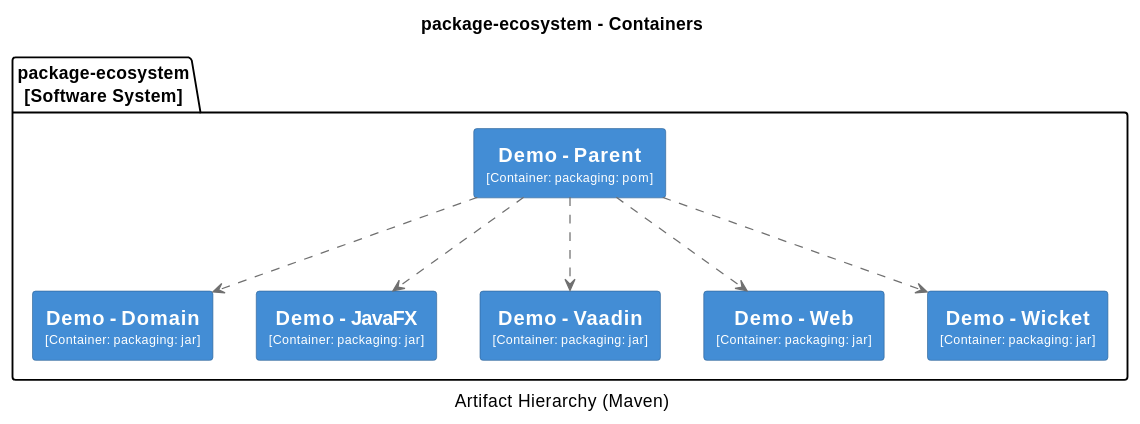
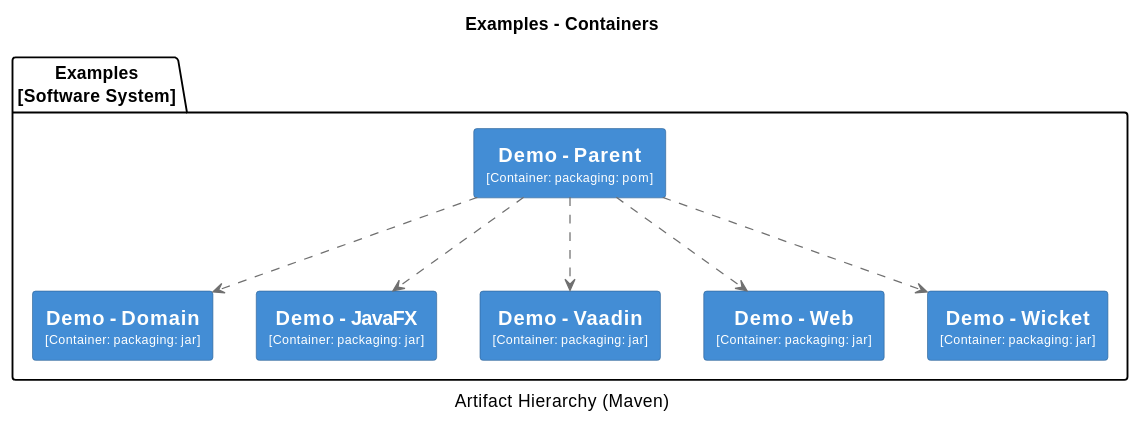
Before and after one commit to apache/causeway: diagram 16 of 18 in antora/components/system/modules/ROOT/pages/system-overview.adoc, drawn with PlantUML. The commit also changed other lines of this file and 1 other file, not shown here.

Commit message:
ISIS-2473: system overview: more meaningful diagram titles

```diff
--- a/antora/components/system/modules/ROOT/pages/system-overview.adoc
+++ b/antora/components/system/modules/ROOT/pages/system-overview.adoc
@@ -4357,59 +4357,59 @@
 [plantuml,Examples,svg]
 ----
 @startuml(id=Examples)
-title package-ecosystem - Containers
+title Examples - Containers
 caption Artifact Hierarchy (Maven)
 
 skinparam {
   shadowing false
   arrowFontSize 10
   defaultTextAlignment center
   wrapWidth 200
   maxMessageSize 100
 }
 hide stereotype
 skinparam rectangle<<2>> {
   BackgroundColor #438dd5
   FontColor #fffffe
   BorderColor #2E6295
 }
 skinparam rectangle<<3>> {
   BackgroundColor #438dd5
   FontColor #fffffe
   BorderColor #2E6295
 }
 skinparam rectangle<<4>> {
   BackgroundColor #438dd5
   FontColor #fffffe
   BorderColor #2E6295
 }
 skinparam rectangle<<5>> {
   BackgroundColor #438dd5
   FontColor #fffffe
   BorderColor #2E6295
 }
 skinparam rectangle<<6>> {
   BackgroundColor #438dd5
   FontColor #fffffe
   BorderColor #2E6295
 }
 skinparam rectangle<<7>> {
   BackgroundColor #438dd5
   FontColor #fffffe
   BorderColor #2E6295
 }
-package "package-ecosystem\n[Software System]" {
+package "Examples\n[Software System]" {
   rectangle "==Demo - Domain\n<size:10>[Container: packaging: jar]</size>" <<3>> as 3
   rectangle "==Demo - JavaFX\n<size:10>[Container: packaging: jar]</size>" <<4>> as 4
   rectangle "==Demo - Parent\n<size:10>[Container: packaging: pom]</size>" <<2>> as 2
   rectangle "==Demo - Vaadin\n<size:10>[Container: packaging: jar]</size>" <<5>> as 5
   rectangle "==Demo - Web\n<size:10>[Container: packaging: jar]</size>" <<6>> as 6
   rectangle "==Demo - Wicket\n<size:10>[Container: packaging: jar]</size>" <<7>> as 7
 }
 2 .[#707070].> 3 : ""
 2 .[#707070].> 4 : ""
 2 .[#707070].> 5 : ""
 2 .[#707070].> 6 : ""
 2 .[#707070].> 7 : ""
 @enduml
 ----
```
